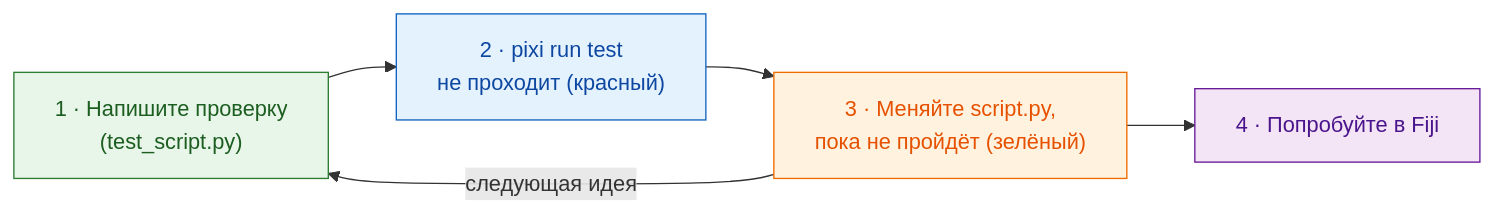
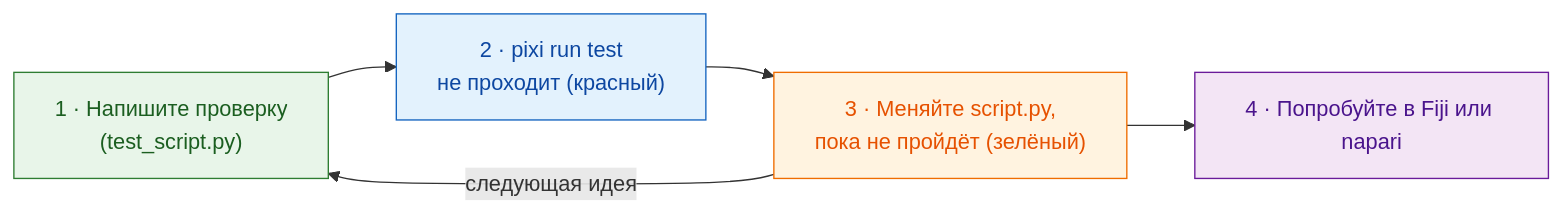
The diagram in guide/write/test-without-fiji.ru.md (Oxford-Zeiss-Centre-of-Excellence/Wavu), drawn with Mermaid before and after one commit. The commit also changed other lines of this file and 70 other files, not shown here.

````diff
--- a/guide/write/test-without-fiji.ru.md
+++ b/guide/write/test-without-fiji.ru.md
@@ -20,14 +21,14 @@
 ```mermaid
 flowchart LR
     T["1 · Напишите проверку<br/>(test_script.py)"]:::worker
     R["2 · pixi run test<br/>не проходит (красный)"]:::fiji
     S["3 · Меняйте script.py,<br/>пока не пройдёт (зелёный)"]:::script
-    F["4 · Попробуйте в Fiji"]:::env
+    F["4 · Попробуйте в Fiji или napari"]:::env
     T --> R --> S --> F
     S -- "следующая идея" --> T
 
     classDef fiji   fill:#e3f2fd,stroke:#1565c0,color:#0d47a1
     classDef worker fill:#e8f5e9,stroke:#2e7d32,color:#1b5e20
     classDef script fill:#fff3e0,stroke:#ef6c00,color:#e65100
     classDef env    fill:#f3e5f5,stroke:#6a1b9a,color:#4a148c
 ```
````
